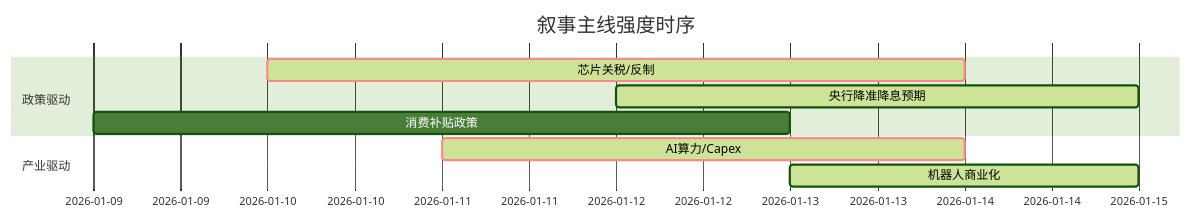
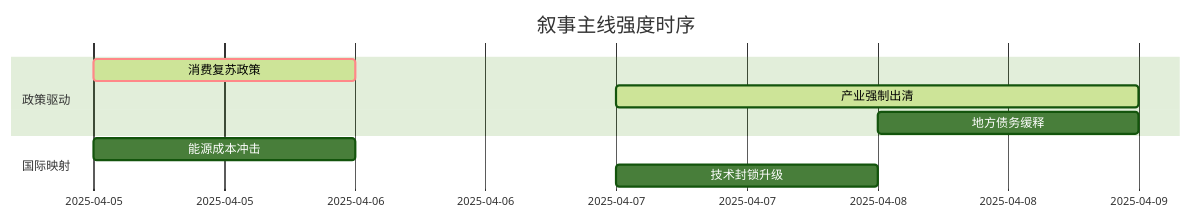
One commit to uu5zn/uu5zn.github.io changed the diagram in 5day_report.md. Above: the diagram before and after it, drawn with Mermaid (forest theme). The commit also changed other lines of this file and 19 other files, not shown here.

````diff
--- a/5day_report.md
+++ b/5day_report.md
@@ -64,13 +51,13 @@
 ```mermaid
 gantt
     title 叙事主线强度时序
     dateFormat  YYYY-MM-DD
     section 政策驱动
-    芯片关税/反制   :crit, active, 2026-01-10, 4d
-    央行降准降息预期 :active, 2026-01-12, 3d
-    消费补贴政策   :2026-01-09, 4d
+    消费复苏政策   :crit, active, 2025-04-05, 1d
+    产业强制出清   :active, 2025-04-07, 2d
+    地方债务缓释   :2025-04-08, 1d
     
-    section 产业驱动
-    AI算力/Capex   :crit, active, 2026-01-11, 3d
-    机器人商业化   :active, 2026-01-13, 2d
+    section 国际映射
+    能源成本冲击   :2025-04-05, 1d
+    技术封锁升级   :2025-04-07, 1d
 ```
````
